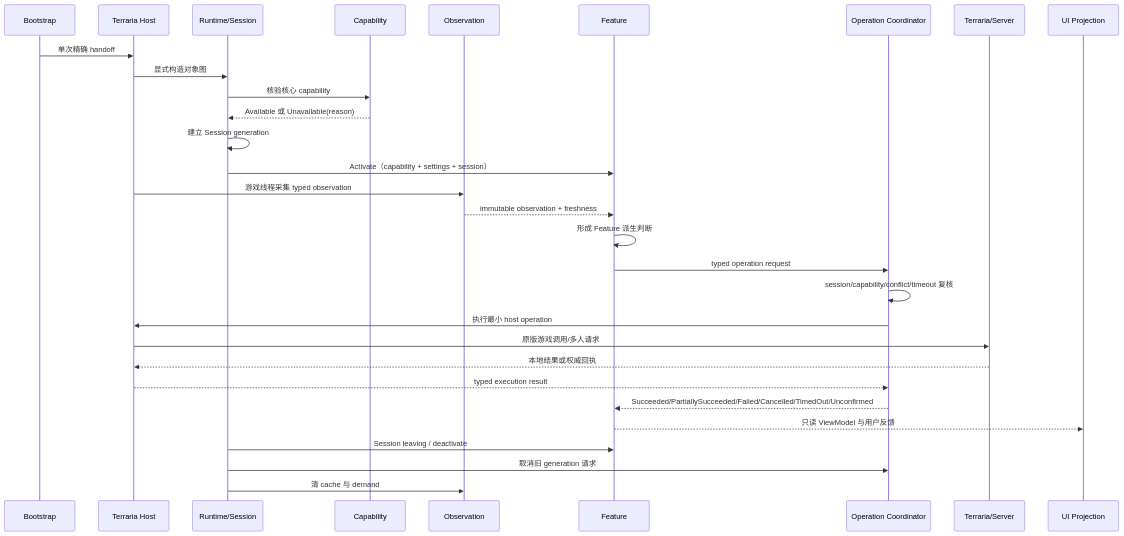
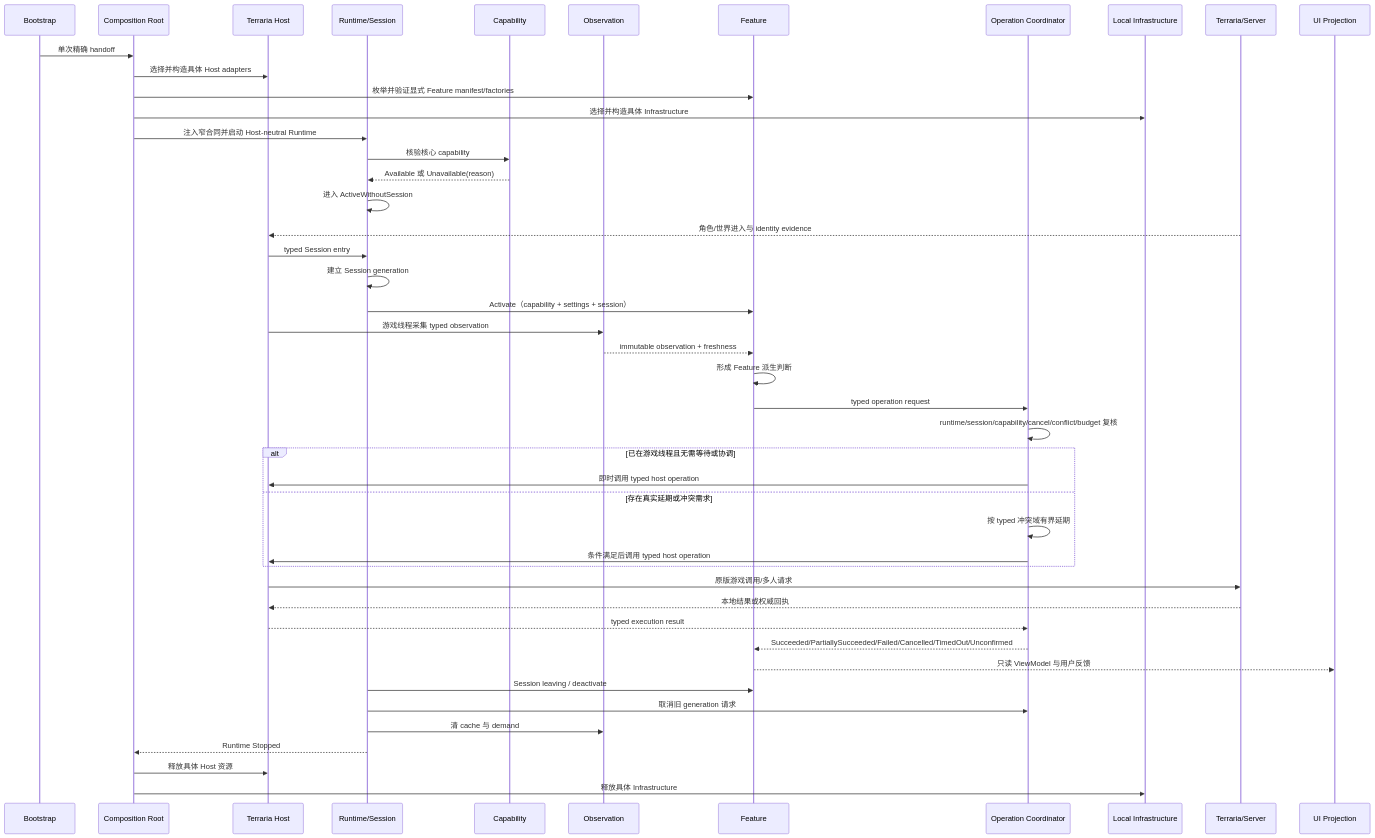
Before and after one commit to Kuroneko2020/JueMingR: the third of 3 diagrams in docs/设计/总体架构与状态所有权.md, drawn with Mermaid. The commit also changed other lines of this file and 1 other file, not shown here.

Commit message:
docs: clarify composition and operation boundaries

````diff
--- a/docs/设计/总体架构与状态所有权.md
+++ b/docs/设计/总体架构与状态所有权.md
@@ -405,33 +494,49 @@
 ```mermaid
 sequenceDiagram
     participant B as Bootstrap
+    participant X as Composition Root
     participant H as Terraria Host
     participant R as Runtime/Session
     participant C as Capability
     participant O as Observation
     participant F as Feature
     participant A as Operation Coordinator
+    participant I as Local Infrastructure
     participant T as Terraria/Server
     participant U as UI Projection
 
-    B->>H: 单次精确 handoff
-    H->>R: 显式构造对象图
+    B->>X: 单次精确 handoff
+    X->>H: 选择并构造具体 Host adapters
+    X->>F: 枚举并验证显式 Feature manifest/factories
+    X->>I: 选择并构造具体 Infrastructure
+    X->>R: 注入窄合同并启动 Host-neutral Runtime
     R->>C: 核验核心 capability
     C-->>R: Available 或 Unavailable(reason)
+    R->>R: 进入 ActiveWithoutSession
+    T-->>H: 角色/世界进入与 identity evidence
+    H->>R: typed Session entry
     R->>R: 建立 Session generation
     R->>F: Activate（capability + settings + session）
     H->>O: 游戏线程采集 typed observation
     O-->>F: immutable observation + freshness
     F->>F: 形成 Feature 派生判断
     F->>A: typed operation request
-    A->>A: session/capability/conflict/timeout 复核
-    A->>H: 执行最小 host operation
+    A->>A: runtime/session/capability/cancel/conflict/budget 复核
+    alt 已在游戏线程且无需等待或协调
+        A->>H: 即时调用 typed host operation
+    else 存在真实延期或冲突需求
+        A->>A: 按 typed 冲突域有界延期
+        A->>H: 条件满足后调用 typed host operation
+    end
     H->>T: 原版游戏调用/多人请求
     T-->>H: 本地结果或权威回执
     H-->>A: typed execution result
     A-->>F: Succeeded/PartiallySucceeded/Failed/Cancelled/TimedOut/Unconfirmed
     F-->>U: 只读 ViewModel 与用户反馈
     R->>F: Session leaving / deactivate
     R->>A: 取消旧 generation 请求
     R->>O: 清 cache 与 demand
+    R-->>X: Runtime Stopped
+    X->>H: 释放具体 Host 资源
+    X->>I: 释放具体 Infrastructure
 ```
````
